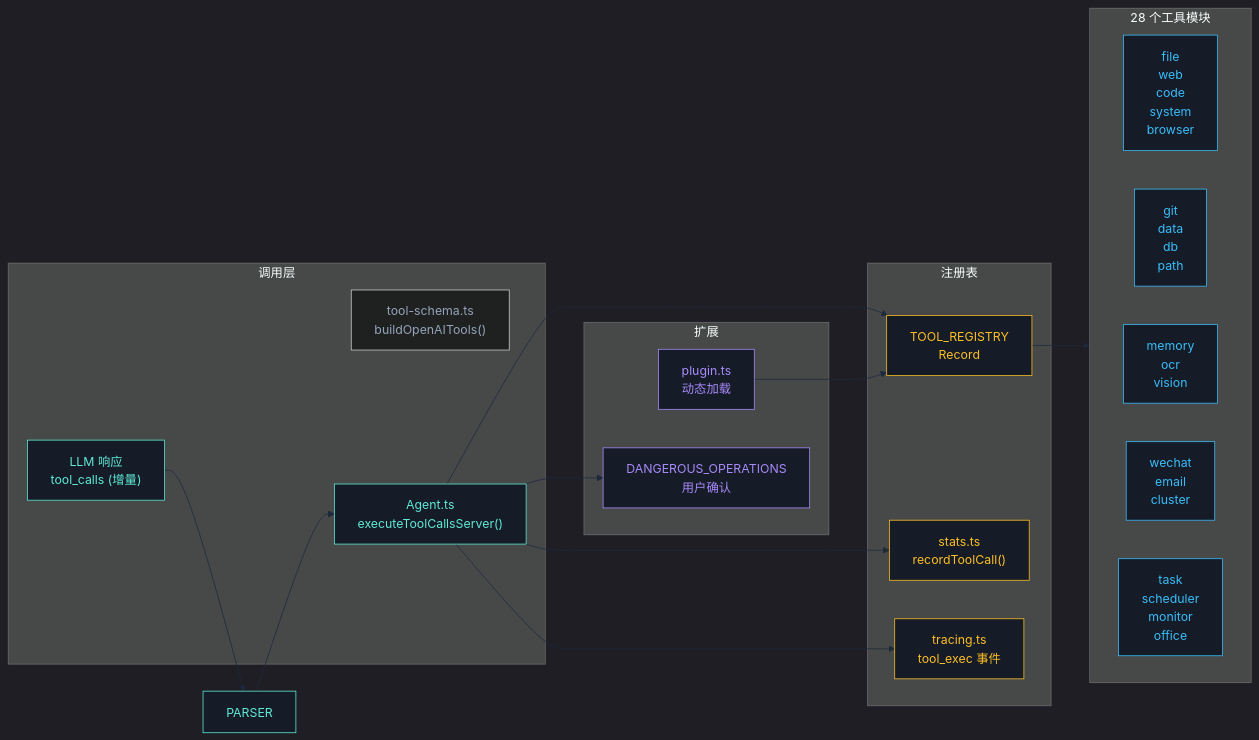
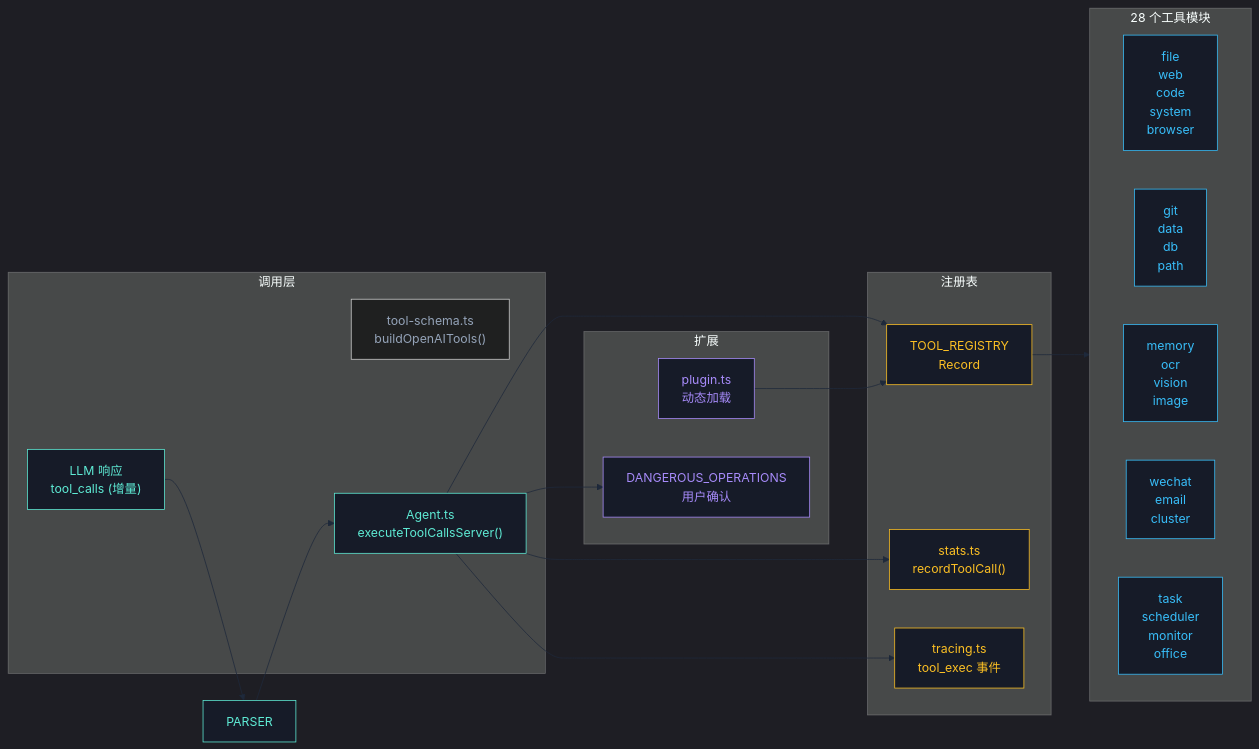
Before and after one commit to 1486853830/CogitoAgent: the first of 3 diagrams in README.zh.md, drawn with Mermaid. The commit also changed other lines of this file and 25 other files, not shown here.

First line of the commit message:
feat: 添加图像生成功能与多个人设素材

````diff
--- a/README.zh.md
+++ b/README.zh.md
@@ -102,48 +103,48 @@
 ```mermaid
 %%{init: {"theme": "dark", "themeVariables": {"bgColor": "#0b0e14", "primaryColor": "#5eead4", "primaryTextColor": "#5eead4", "primaryBorderColor": "#5eead4", "lineColor": "#1e293b", "textColor": "#94a3b8", "fontFamily": "JetBrains Mono, monospace", "fontSize": "10", "secondaryColor": "#161b28", "tertiaryColor": "#1c2230"}}}%%
 flowchart LR
     subgraph INVOCATION["调用层"]
         LLM["LLM 响应<br/>tool_calls (增量)"]
         SCHEMA["tool-schema.ts<br/>buildOpenAITools()"]
         EXECUTOR["Agent.ts<br/>executeToolCallsServer()"]
     end
 
     subgraph REGISTRY["注册表"]
         REG["TOOL_REGISTRY<br/>Record<string, ToolEntry>"]
         STATS["stats.ts<br/>recordToolCall()"]
         TRACE["tracing.ts<br/>tool_exec 事件"]
     end
 
     subgraph MODULES["28 个工具模块"]
         direction LR
         CORE1["file<br/>web<br/>code<br/>system<br/>browser"]
         CORE2["git<br/>data<br/>db<br/>path"]
-        AI["memory<br/>ocr<br/>vision"]
+        AI["memory<br/>ocr<br/>vision<br/>image"]
         COMM["wechat<br/>email<br/>cluster"]
         AUTO["task<br/>scheduler<br/>monitor<br/>office"]
     end
 
     subgraph EXTENSION["扩展"]
         PLUGIN["plugin.ts<br/>动态加载"]
         DANGER["DANGEROUS_OPERATIONS<br/>用户确认"]
     end
 
     LLM --> PARSER
     PARSER --> EXECUTOR
     EXECUTOR --> REG
     REG --> MODULES
     EXECUTOR --> STATS
     EXECUTOR --> TRACE
     EXECUTOR --> DANGER
     PLUGIN --> REG
 
     classDef invocation fill:#161b28,stroke:#5eead4,color:#5eead4;
     classDef registry fill:#161b28,stroke:#fbbf24,color:#fbbf24;
     classDef modules fill:#161b28,stroke:#38bdf8,color:#38bdf8;
     classDef extension fill:#161b28,stroke:#a78bfa,color:#a78bfa;
 
     class LLM,PARSER,EXECUTOR invocation;
     class REG,STATS,TRACE registry;
     class CORE1,CORE2,AI,COMM,AUTO modules;
     class PLUGIN,DANGER extension;
 ```
````
